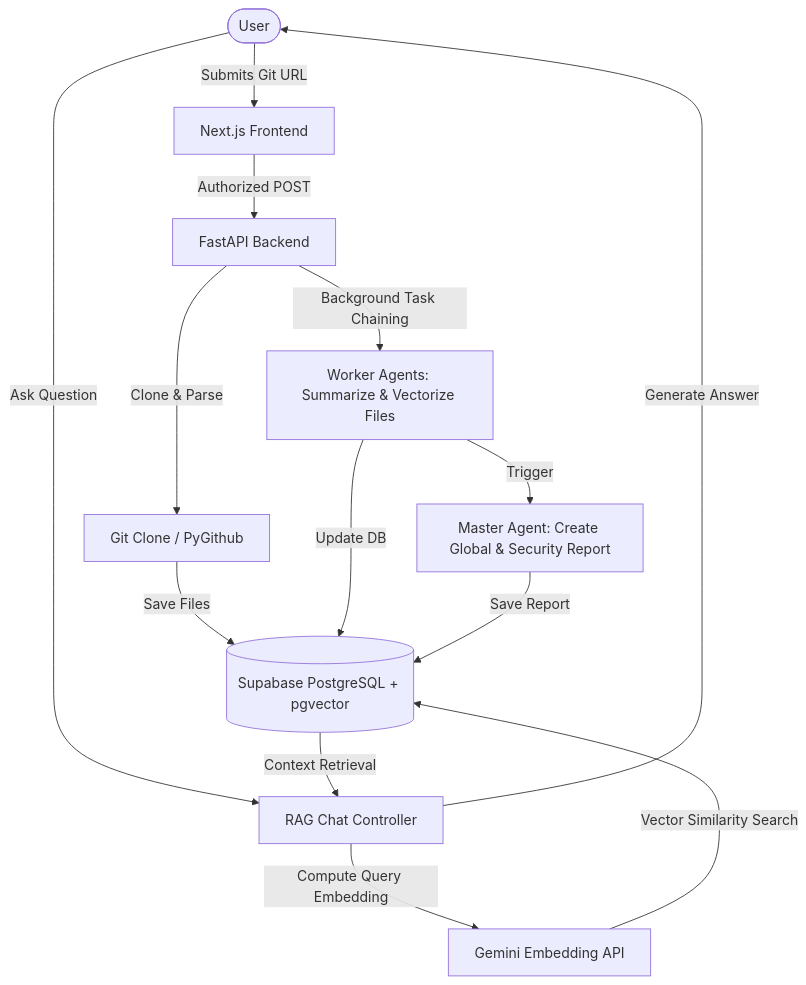
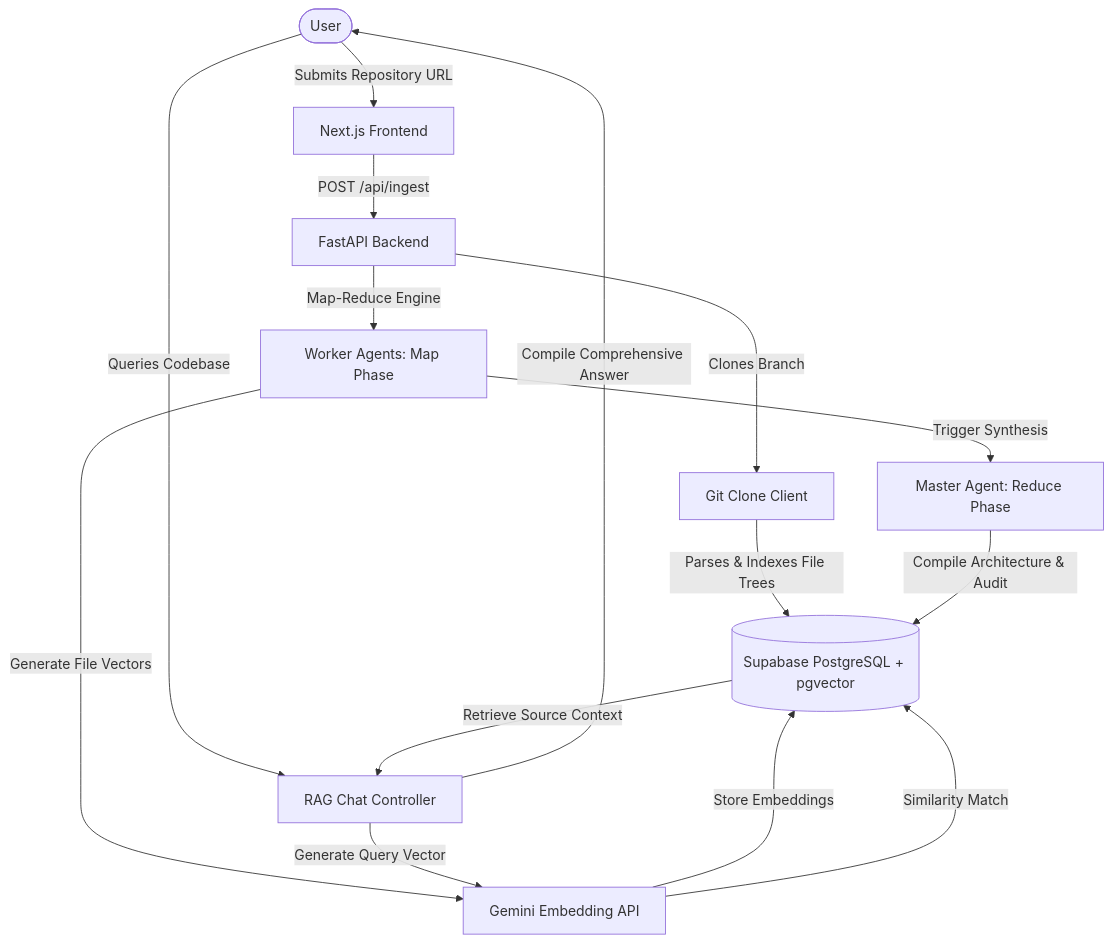
Before and after one commit to aryankale14/CodeRecall: the diagram in README.md, drawn with Mermaid. The commit also changed other lines of this file, not shown here.

Commit message:
docs: overhaul README.md with live demo link and comprehensive architecture details

````diff
--- a/README.md
+++ b/README.md
@@ -28,18 +31,19 @@
 ```mermaid
 graph TD
-    User([User]) -->|Submits Git URL| Frontend[Next.js Frontend]
-    Frontend -->|Authorized POST| Backend[FastAPI Backend]
-    Backend -->|Clone & Parse| Git[Git Clone / PyGithub]
-    Git -->|Save Files| DB[(Supabase PostgreSQL + pgvector)]
+    User([User]) -->|Submits Repository URL| Frontend[Next.js Frontend]
+    Frontend -->|POST /api/ingest| Backend[FastAPI Backend]
+    Backend -->|Clones Branch| Git[Git Clone Client]
+    Git -->|Parses & Indexes File Trees| DB[(Supabase PostgreSQL + pgvector)]
     
-    Backend -->|Background Task Chaining| MapPhase[Worker Agents: Summarize & Vectorize Files]
-    MapPhase -->|Update DB| DB
-    MapPhase -->|Trigger| ReducePhase[Master Agent: Create Global & Security Report]
-    ReducePhase -->|Save Report| DB
+    Backend -->|Map-Reduce Engine| MapPhase[Worker Agents: Map Phase]
+    MapPhase -->|Generate File Vectors| GeminiEmbed[Gemini Embedding API]
+    GeminiEmbed -->|Store Embeddings| DB
+    MapPhase -->|Trigger Synthesis| ReducePhase[Master Agent: Reduce Phase]
+    ReducePhase -->|Compile Architecture & Audit| DB
     
-    User -->|Ask Question| Chat[RAG Chat Controller]
-    Chat -->|Compute Query Embedding| Gemini[Gemini Embedding API]
-    Gemini -->|Vector Similarity Search| DB
-    DB -->|Context Retrieval| Chat
-    Chat -->|Generate Answer| User
+    User -->|Queries Codebase| Chat[RAG Chat Controller]
+    Chat -->|Generate Query Vector| GeminiEmbed
+    GeminiEmbed -->|Similarity Match| DB
+    DB -->|Retrieve Source Context| Chat
+    Chat -->|Compile Comprehensive Answer| User
 ```
````
